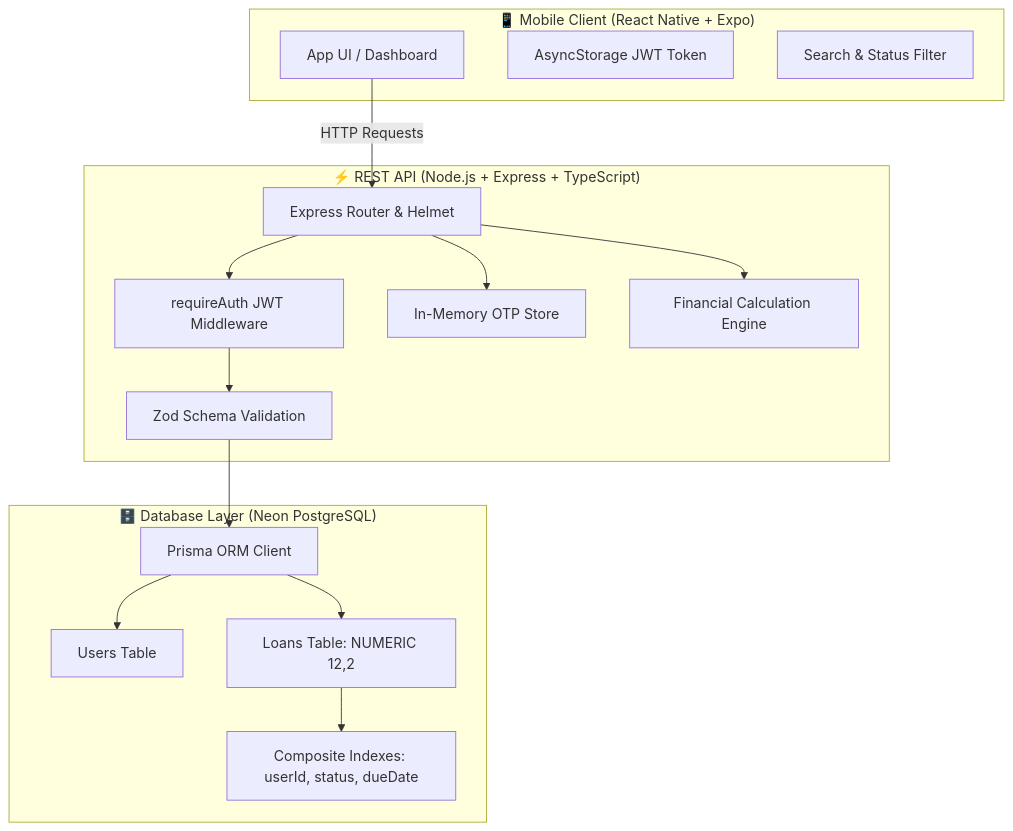
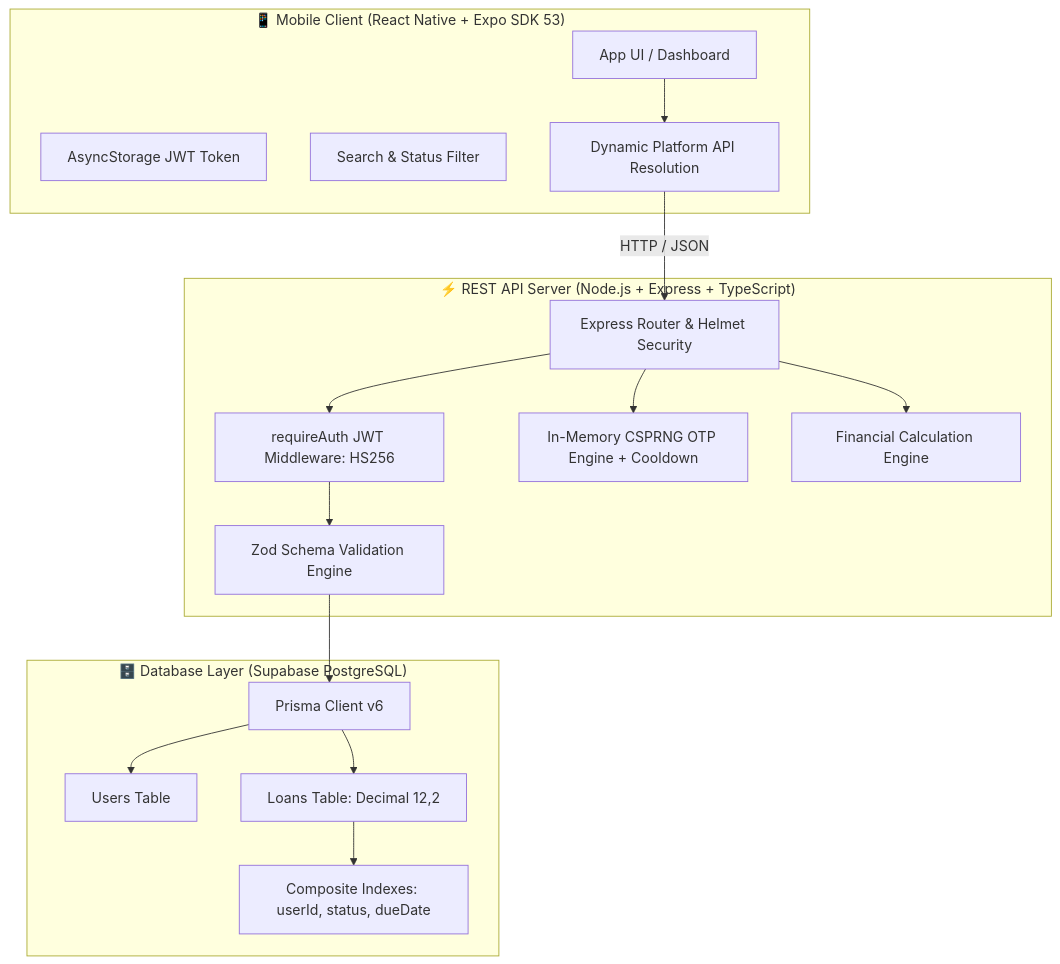
One commit to abhishekpathak17052005/Miniledger changed the first of 2 diagrams in README.md. Above: the diagram before and after it, drawn with Mermaid. The commit also changed other lines of this file, not shown here.

````diff
--- a/README.md
+++ b/README.md
@@ -15,33 +66,35 @@
 ```mermaid
 graph TD
-    subgraph Mobile ["📱 Mobile Client (React Native + Expo)"]
+    subgraph Mobile ["📱 Mobile Client (React Native + Expo SDK 53)"]
         UI[App UI / Dashboard]
         AuthStore[AsyncStorage JWT Token]
         Filter[Search & Status Filter]
+        PlatformCfg[Dynamic Platform API Resolution]
     end
 
-    subgraph API ["⚡ REST API (Node.js + Express + TypeScript)"]
-        Router[Express Router & Helmet]
-        AuthMid[requireAuth JWT Middleware]
-        ZodVal[Zod Schema Validation]
-        OtpStore[In-Memory OTP Store]
+    subgraph API ["⚡ REST API Server (Node.js + Express + TypeScript)"]
+        Router[Express Router & Helmet Security]
+        AuthMid[requireAuth JWT Middleware: HS256]
+        ZodVal[Zod Schema Validation Engine]
+        OtpStore[In-Memory CSPRNG OTP Engine + Cooldown]
         CalcEngine[Financial Calculation Engine]
     end
 
-    subgraph Database ["🗄️ Database Layer (Neon PostgreSQL)"]
-        Prisma[Prisma ORM Client]
+    subgraph Database ["🗄️ Database Layer (Supabase PostgreSQL)"]
+        Prisma[Prisma Client v6]
         UserTable[Users Table]
-        LoanTable[Loans Table: NUMERIC 12,2]
+        LoanTable[Loans Table: Decimal 12,2]
         Indexes[Composite Indexes: userId, status, dueDate]
     end
 
-    UI -->|HTTP Requests| Router
+    UI --> PlatformCfg
+    PlatformCfg -->|HTTP / JSON| Router
     Router --> AuthMid
     AuthMid --> ZodVal
     ZodVal --> Prisma
     Router --> OtpStore
     Router --> CalcEngine
     Prisma --> UserTable
     Prisma --> LoanTable
     LoanTable --> Indexes
 ```
````
